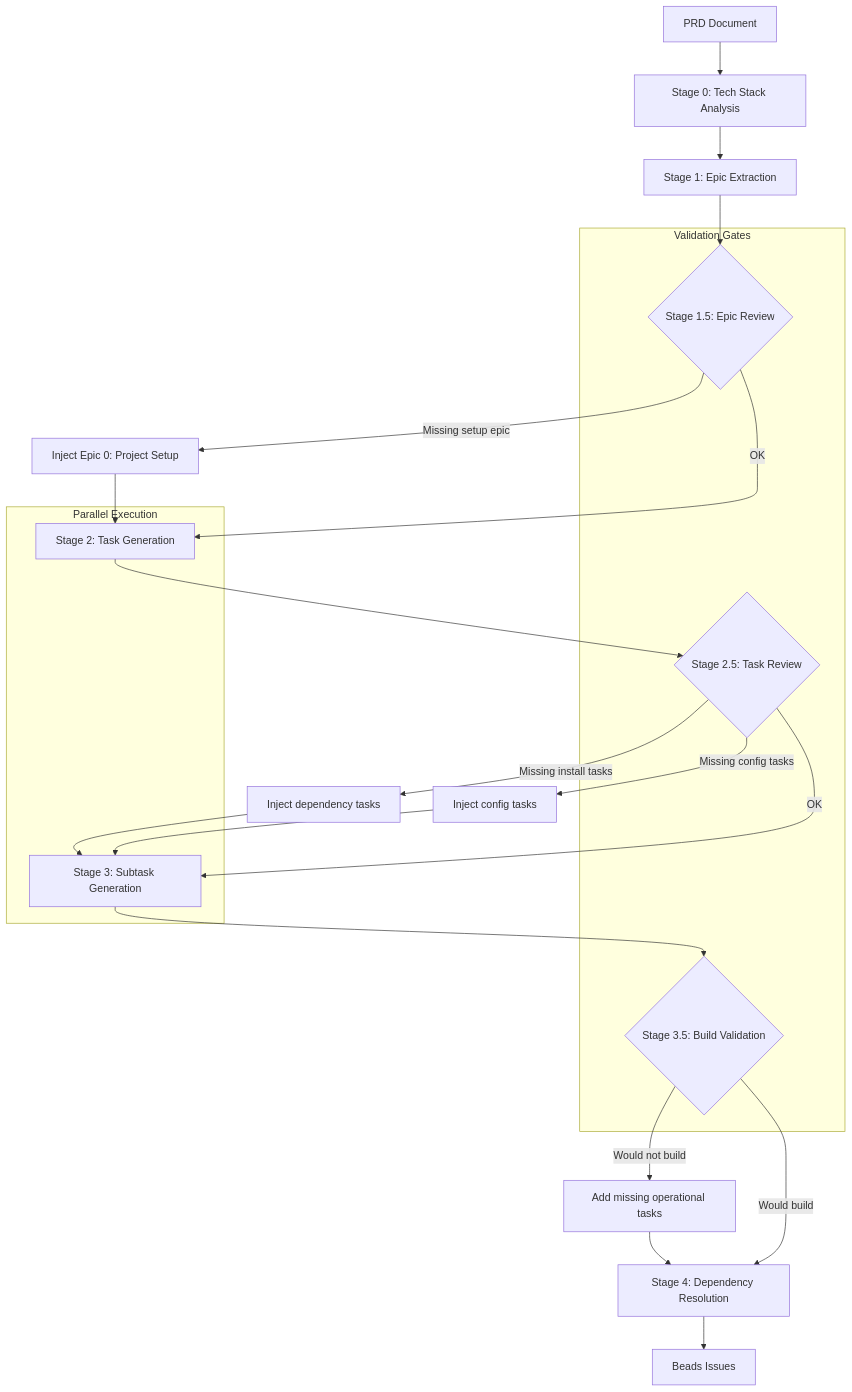
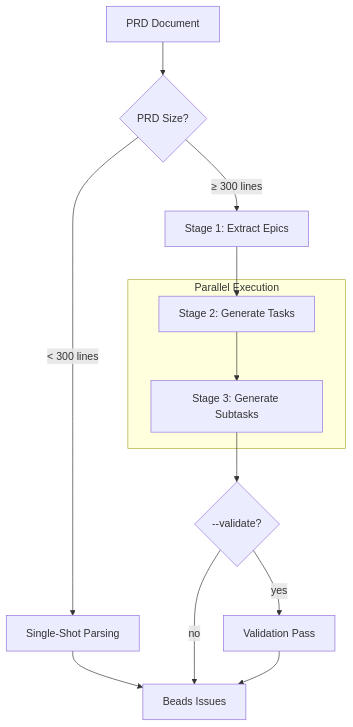
The diagram in docs/architecture/parsing-flow.md (dhabedank/prd-parser), drawn with Mermaid before and after one commit. The commit also changed other lines of this file and 2 other files, not shown here.

````diff
--- a/docs/architecture/parsing-flow.md
+++ b/docs/architecture/parsing-flow.md
@@ -263,38 +134,22 @@
 ```mermaid
 flowchart TD
-    PRD[PRD Document] --> S0[Stage 0: Tech Stack Analysis]
+    PRD[PRD Document] --> SIZE{PRD Size?}
 
-    S0 --> S1[Stage 1: Epic Extraction]
-    S1 --> S1R{Stage 1.5: Epic Review}
+    SIZE -->|< 300 lines| SINGLE[Single-Shot Parsing]
+    SIZE -->|≥ 300 lines| S1[Stage 1: Extract Epics]
 
-    S1R -->|Missing setup epic| INJECT1[Inject Epic 0: Project Setup]
-    INJECT1 --> S2
-    S1R -->|OK| S2
+    SINGLE --> OUT[Beads Issues]
 
-    S2[Stage 2: Task Generation] --> S2R{Stage 2.5: Task Review}
+    S1 --> S2[Stage 2: Generate Tasks]
+    S2 --> S3[Stage 3: Generate Subtasks]
+    S3 --> VAL{--validate?}
 
-    S2R -->|Missing install tasks| INJECT2[Inject dependency tasks]
-    S2R -->|Missing config tasks| INJECT3[Inject config tasks]
-    INJECT2 --> S3
-    INJECT3 --> S3
-    S2R -->|OK| S3
-
-    S3[Stage 3: Subtask Generation] --> S3R{Stage 3.5: Build Validation}
-
-    S3R -->|Would not build| FIX[Add missing operational tasks]
-    FIX --> S4
-    S3R -->|Would build| S4
-
-    S4[Stage 4: Dependency Resolution] --> OUT[Beads Issues]
+    VAL -->|yes| VALIDATE[Validation Pass]
+    VAL -->|no| OUT
+    VALIDATE --> OUT
 
     subgraph "Parallel Execution"
         S2
         S3
     end
-
-    subgraph "Validation Gates"
-        S1R
-        S2R
-        S3R
-    end
 ```
````
